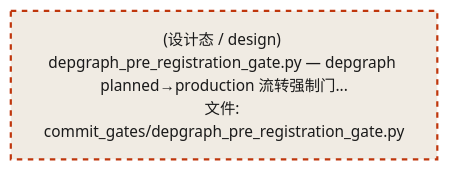
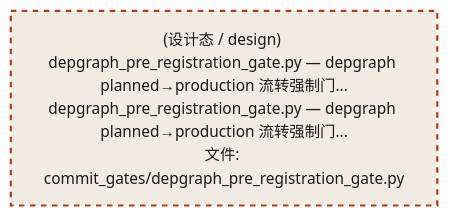
Before and after one commit to xuanFelixVan/ZephyrAlpha: the fourth of 5 diagrams in docs/02_enterprise_architecture/02_domain_architecture_docs/53_d_gov_enforcement.md, drawn with Mermaid. The commit also changed other lines of this file and 80 other files, not shown here.

````diff
--- a/docs/02_enterprise_architecture/02_domain_architecture_docs/53_d_gov_enforcement.md
+++ b/docs/02_enterprise_architecture/02_domain_architecture_docs/53_d_gov_enforcement.md
@@ -530,10 +532,10 @@
 ```mermaid
 %%{init: {'theme': 'base', 'themeVariables': {'primaryColor': '#eaeaea', 'primaryTextColor': '#333333', 'primaryBorderColor': '#666666', 'lineColor': '#666666', 'secondaryColor': '#eaeaea', 'tertiaryColor': '#eaeaea', 'fontSize': '14px'}}}%%
 flowchart TD
-    src_zephyr_gov_enforcement_commit_gates_depgraph_pre_registration_gate_py["(设计态 / design) depgraph_pre_registration_gate.py — depgraph planned→production 流转强制门...<br/>文件: commit_gates/depgraph_pre_registration_gate.py"]
+    src_zephyr_gov_enforcement_commit_gates_depgraph_pre_registration_gate_py["(设计态 / design) depgraph_pre_registration_gate.py — depgraph planned→production 流转强制门...<br/>depgraph_pre_registration_gate.py — depgraph planned→production 流转强制门...<br/>文件: commit_gates/depgraph_pre_registration_gate.py"]
     classDef production fill:#e8edf2,stroke:#0277bd,stroke-width:2px,color:#1a1a1a
     classDef design fill:#f0ebe3,stroke:#bf360c,stroke-width:2px,color:#1a1a1a,stroke-dasharray: 5 5
     classDef external_prod fill:#e8efe9,stroke:#1b5e20,stroke-width:1px,color:#1a1a1a
     classDef external_design fill:#efe5ea,stroke:#880e4f,stroke-width:1px,color:#1a1a1a,stroke-dasharray: 5 5
     class src_zephyr_gov_enforcement_commit_gates_depgraph_pre_registration_gate_py design
 ```
````
